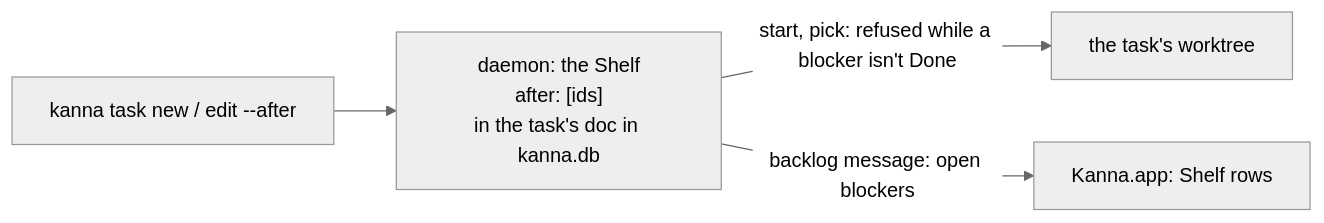
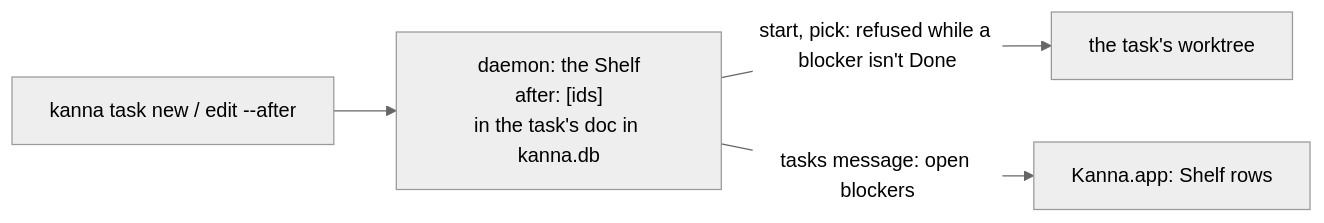
Before and after one commit to tampopogk/kanna: the second of 2 diagrams in docs/specs/task-dependencies.md, drawn with Mermaid (neutral theme). The commit also changed other lines of this file and 28 other files, not shown here.

````diff
--- a/docs/specs/task-dependencies.md
+++ b/docs/specs/task-dependencies.md
@@ -54,6 +54,6 @@
 ```mermaid
 flowchart LR
     CLI["kanna task new / edit --after"] --> D["daemon: the Shelf<br/>after: [ids]<br/>in the task's doc in kanna.db"]
     D -->|"start, pick: refused while a blocker isn't Done"| W["the task's worktree"]
-    D -->|"backlog message: open blockers"| APP["Kanna.app: Shelf rows"]
+    D -->|"tasks message: open blockers"| APP["Kanna.app: Shelf rows"]
 ```
````
